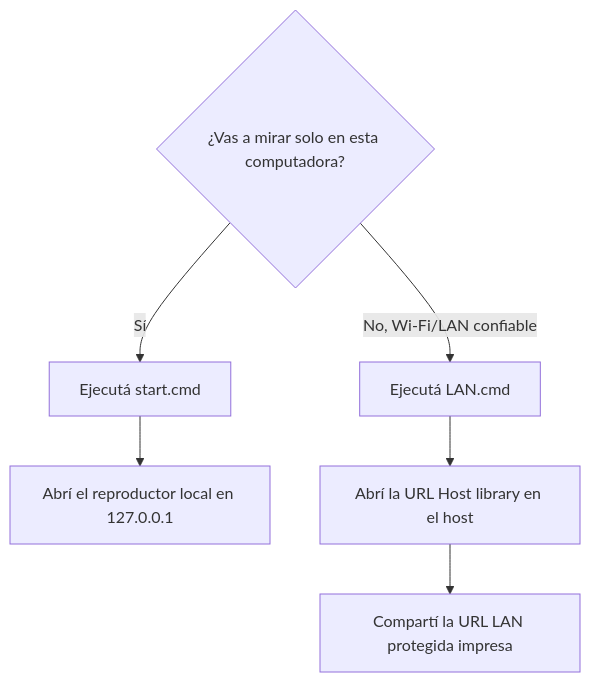
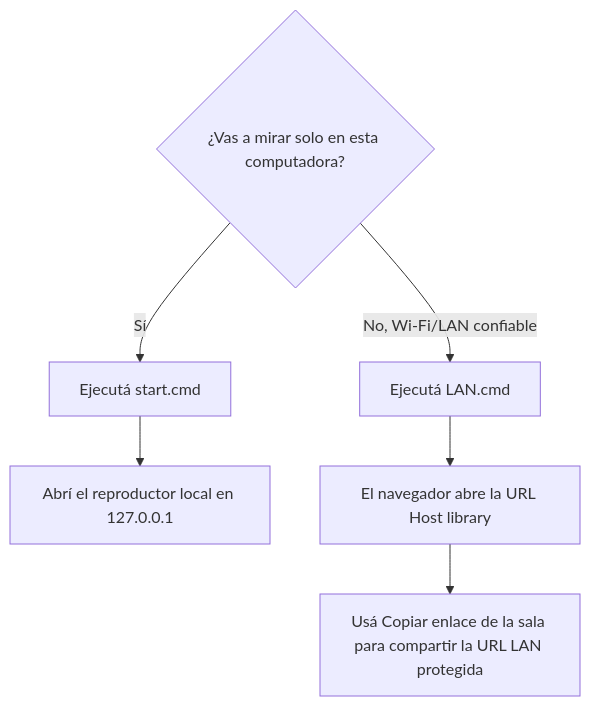
Before and after one commit to Dortecx/The-Player: the diagram in README.es.md, drawn with Mermaid. The commit also changed other lines of this file and 8 other files, not shown here.

````diff
--- a/README.es.md
+++ b/README.es.md
@@ -11,9 +11,9 @@
 ```mermaid
 flowchart TD
     A{¿Vas a mirar solo en esta computadora?}
     A -->|Sí| B[Ejecutá start.cmd]
     B --> C[Abrí el reproductor local en 127.0.0.1]
     A -->|No, Wi-Fi/LAN confiable| D[Ejecutá LAN.cmd]
-    D --> E[Abrí la URL Host library en el host]
-    E --> F[Compartí la URL LAN protegida impresa]
+    D --> E[El navegador abre la URL Host library]
+    E --> F[Usá Copiar enlace de la sala para compartir la URL LAN protegida]
 ```
````
